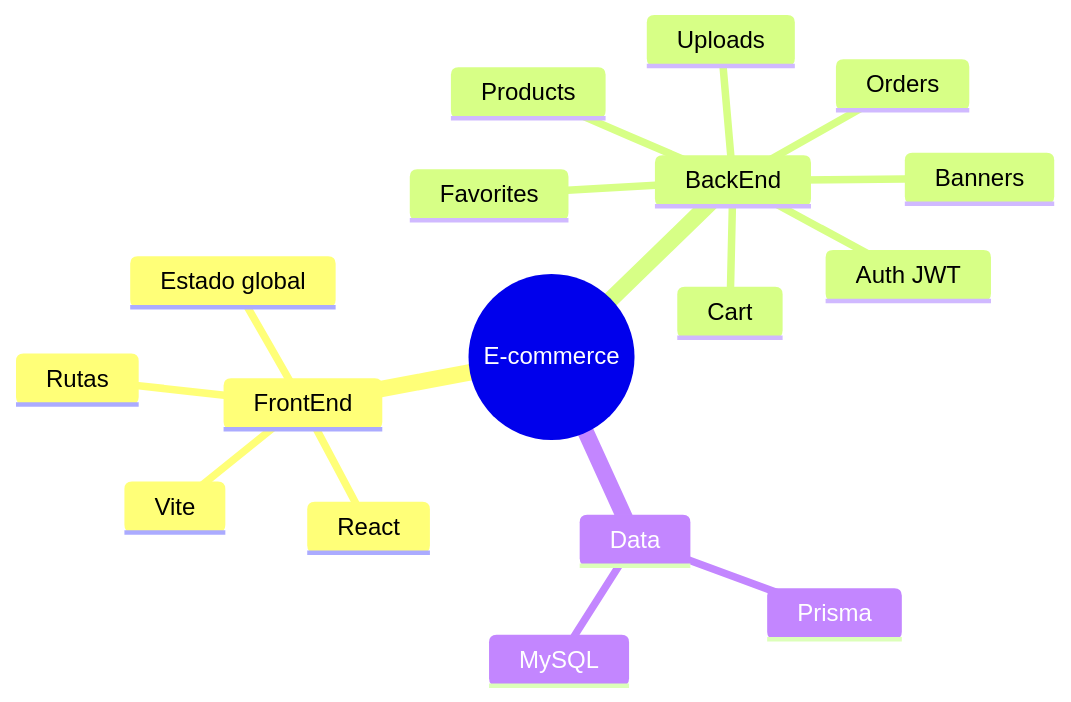
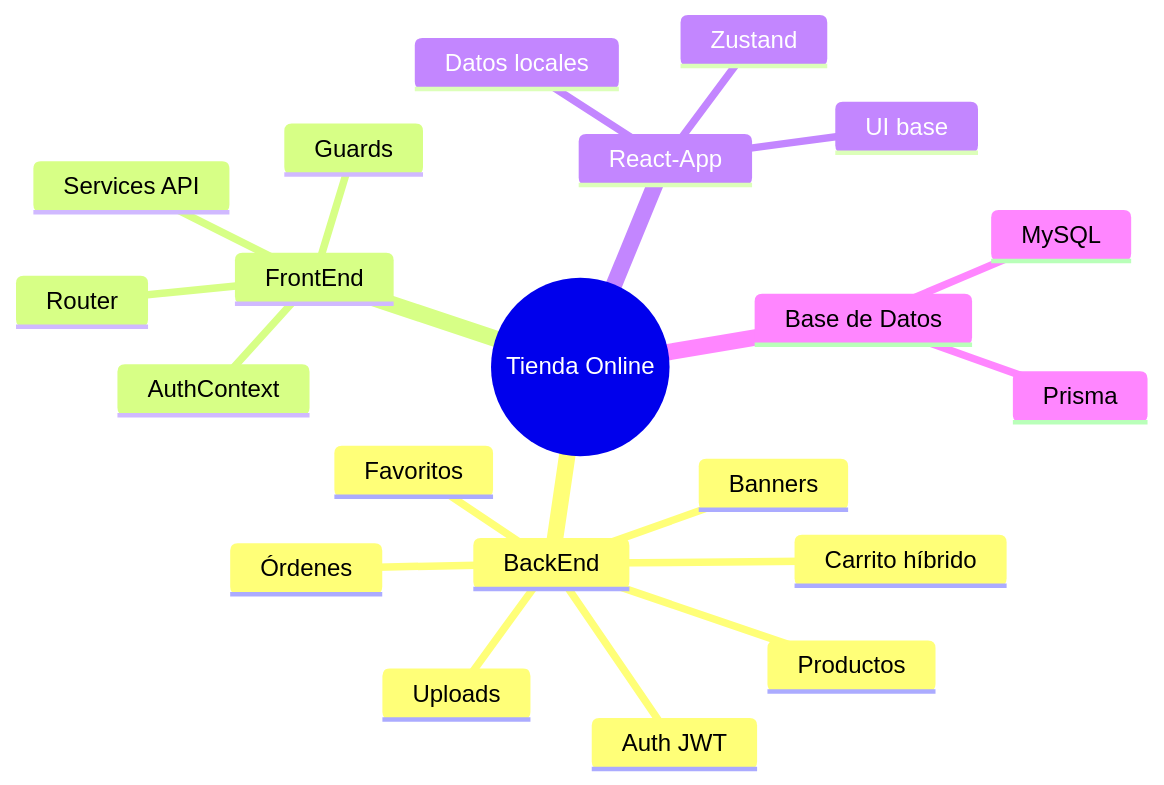
Before and after one commit to Ivy-Mk2/Proyecto-de-tienda-online---Front-Back-End: the diagram in docs/arquitectura/00-Resumen.md, drawn with Mermaid. The commit also changed other lines of this file and 8 other files, not shown here.

````diff
--- a/docs/arquitectura/00-Resumen.md
+++ b/docs/arquitectura/00-Resumen.md
@@ -25,20 +46,24 @@
 ```mermaid
 mindmap
-  root((E-commerce))
-    FrontEnd
-      React
-      Vite
-      Rutas
-      Estado global
+  root((Tienda Online))
     BackEnd
       Auth JWT
-      Products
-      Cart
-      Orders
-      Favorites
+      Productos
+      Carrito híbrido
+      Órdenes
+      Favoritos
       Banners
       Uploads
-    Data
+    FrontEnd
+      Router
+      AuthContext
+      Services API
+      Guards
+    React-App
+      UI base
+      Zustand
+      Datos locales
+    Base de Datos
       Prisma
       MySQL
 ```
````
